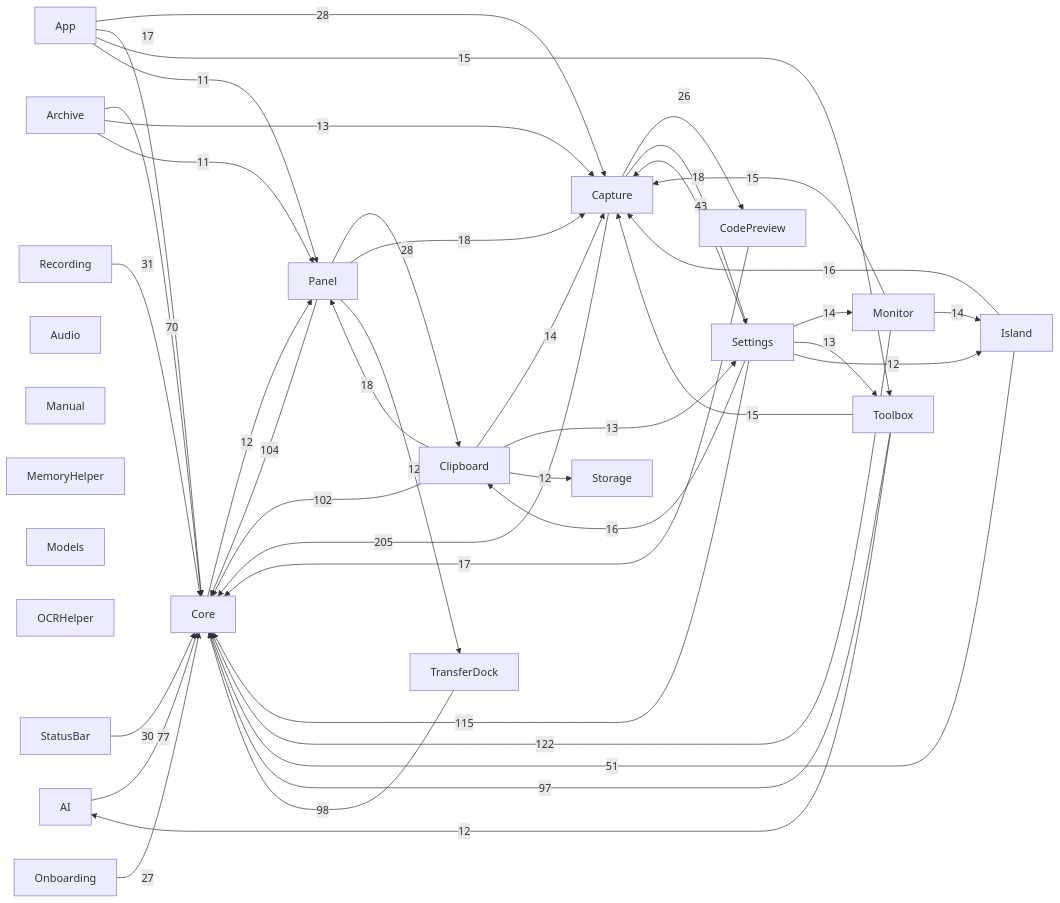
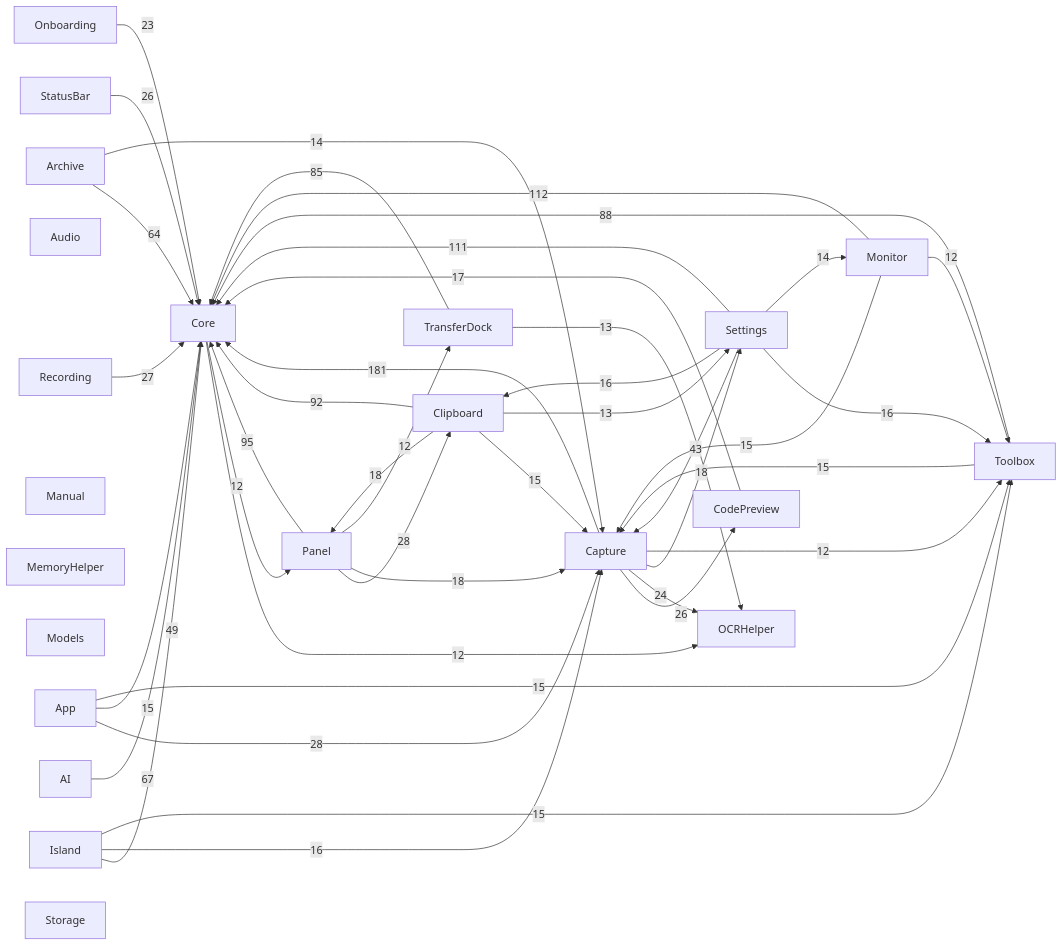
The diagram in docs/00-总览/模块依赖图.md (sxyq/Kitnest), drawn with Mermaid before and after one commit. The commit also changed other lines of this file and 6 other files, not shown here.

````diff
--- a/docs/00-总览/模块依赖图.md
+++ b/docs/00-总览/模块依赖图.md
@@ -36,65 +36,65 @@
 ```mermaid
 flowchart LR
   M0["AI"]
   M1["App"]
   M2["Archive"]
   M3["Audio"]
   M4["Capture"]
   M5["Clipboard"]
   M6["CodePreview"]
   M7["Core"]
   M8["Island"]
   M9["Manual"]
   M10["MemoryHelper"]
   M11["Models"]
   M12["Monitor"]
   M13["OCRHelper"]
   M14["Onboarding"]
   M15["Panel"]
   M16["Recording"]
   M17["Settings"]
   M18["StatusBar"]
   M19["Storage"]
   M20["Toolbox"]
   M21["TransferDock"]
-  M4 -->|205| M7
-  M12 -->|122| M7
-  M17 -->|115| M7
-  M15 -->|104| M7
-  M5 -->|102| M7
-  M21 -->|98| M7
-  M20 -->|97| M7
-  M0 -->|77| M7
-  M2 -->|70| M7
-  M8 -->|51| M7
+  M4 -->|181| M7
+  M12 -->|112| M7
+  M17 -->|111| M7
+  M15 -->|95| M7
+  M5 -->|92| M7
+  M20 -->|88| M7
+  M21 -->|85| M7
+  M0 -->|67| M7
+  M2 -->|64| M7
+  M8 -->|49| M7
   M17 -->|43| M4
-  M16 -->|31| M7
-  M18 -->|30| M7
   M1 -->|28| M4
   M15 -->|28| M5
-  M14 -->|27| M7
+  M16 -->|27| M7
   M4 -->|26| M6
+  M18 -->|26| M7
+  M4 -->|24| M13
+  M14 -->|23| M7
   M4 -->|18| M17
+  M15 -->|18| M4
   M5 -->|18| M15
-  M15 -->|18| M4
-  M1 -->|17| M7
   M6 -->|17| M7
+  M17 -->|16| M20
+  M17 -->|16| M5
   M8 -->|16| M4
-  M17 -->|16| M5
+  M1 -->|15| M7
   M1 -->|15| M20
   M12 -->|15| M4
   M20 -->|15| M4
-  M5 -->|14| M4
-  M12 -->|14| M8
+  M8 -->|15| M20
+  M5 -->|15| M4
   M17 -->|14| M12
-  M2 -->|13| M4
+  M2 -->|14| M4
+  M21 -->|13| M13
   M5 -->|13| M17
-  M17 -->|13| M20
+  M7 -->|12| M13
   M7 -->|12| M15
-  M5 -->|12| M19
+  M4 -->|12| M20
+  M12 -->|12| M20
   M15 -->|12| M21
-  M17 -->|12| M8
-  M20 -->|12| M0
-  M1 -->|11| M15
-  M2 -->|11| M15
 ```
````
